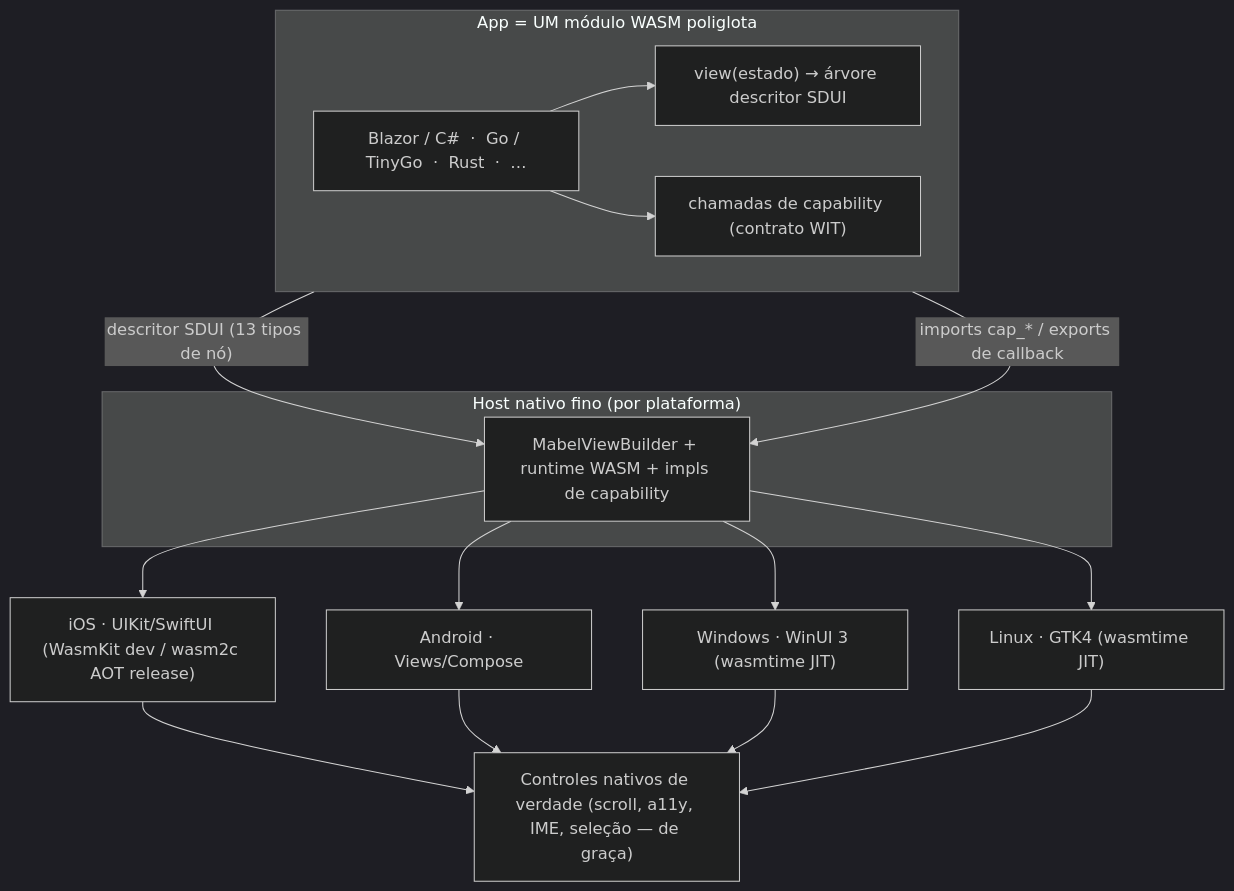
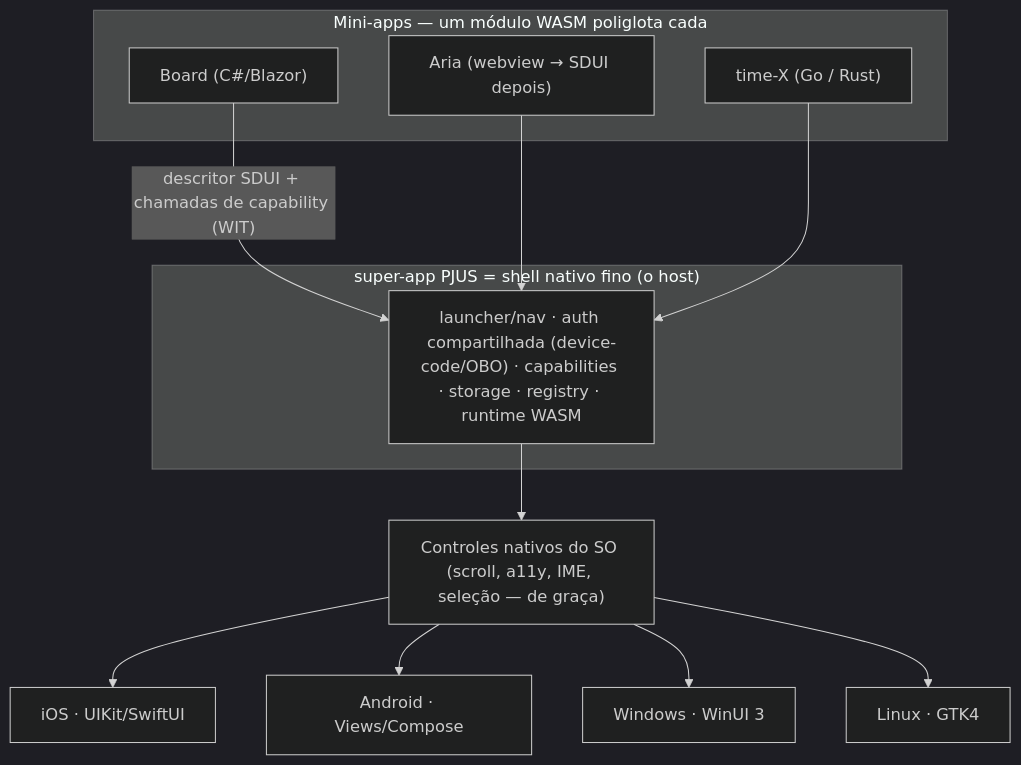
The diagram in README.pt-BR.md (dmarquezbh/mabel-framework), drawn with Mermaid (dark theme) before and after one commit. The commit also changed other lines of this file and 8 other files, not shown here.

````diff
--- a/README.pt-BR.md
+++ b/README.pt-BR.md
@@ -27,25 +52,21 @@
 ```mermaid
 flowchart TD
-    subgraph guest["App = UM módulo WASM poliglota"]
-        A["Blazor / C#  ·  Go / TinyGo  ·  Rust  ·  …"]
-        A --> B["view(estado) → árvore descritor SDUI"]
-        A --> C["chamadas de capability (contrato WIT)"]
+    subgraph apps["Mini-apps — um módulo WASM poliglota cada"]
+        M1["Board (C#/Blazor)"]
+        M2["Aria (webview → SDUI depois)"]
+        M3["time-X (Go / Rust)"]
+    end
+    M1 -->|"descritor SDUI + chamadas de capability (WIT)"| SHELL
+    M2 --> SHELL
+    M3 --> SHELL
+
+    subgraph shell["super-app PJUS = shell nativo fino (o host)"]
+        SHELL["launcher/nav · auth compartilhada (device-code/OBO) · capabilities · storage · registry · runtime WASM"]
     end
 
-    guest -->|"descritor SDUI (13 tipos de nó)"| H
-    guest -->|"imports cap_* / exports de callback"| H
-
-    subgraph hosts["Host nativo fino (por plataforma)"]
-        H["MabelViewBuilder + runtime WASM + impls de capability"]
-    end
-
-    H --> iOS["iOS · UIKit/SwiftUI (WasmKit dev / wasm2c AOT release)"]
-    H --> Android["Android · Views/Compose"]
-    H --> Win["Windows · WinUI 3 (wasmtime JIT)"]
-    H --> Linux["Linux · GTK4 (wasmtime JIT)"]
-
-    iOS --> N["Controles nativos de verdade (scroll, a11y, IME, seleção — de graça)"]
-    Android --> N
-    Win --> N
-    Linux --> N
+    SHELL --> R["Controles nativos do SO (scroll, a11y, IME, seleção — de graça)"]
+    R --> P1["iOS · UIKit/SwiftUI"]
+    R --> P2["Android · Views/Compose"]
+    R --> P3["Windows · WinUI 3"]
+    R --> P4["Linux · GTK4"]
 ```
````
